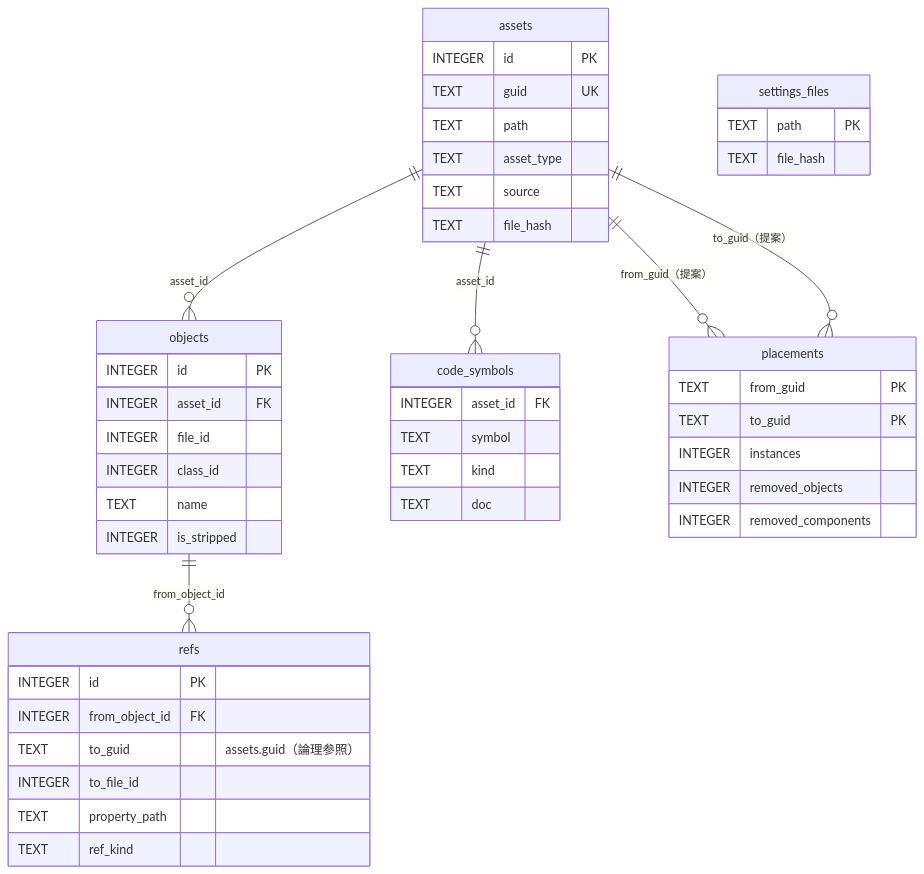
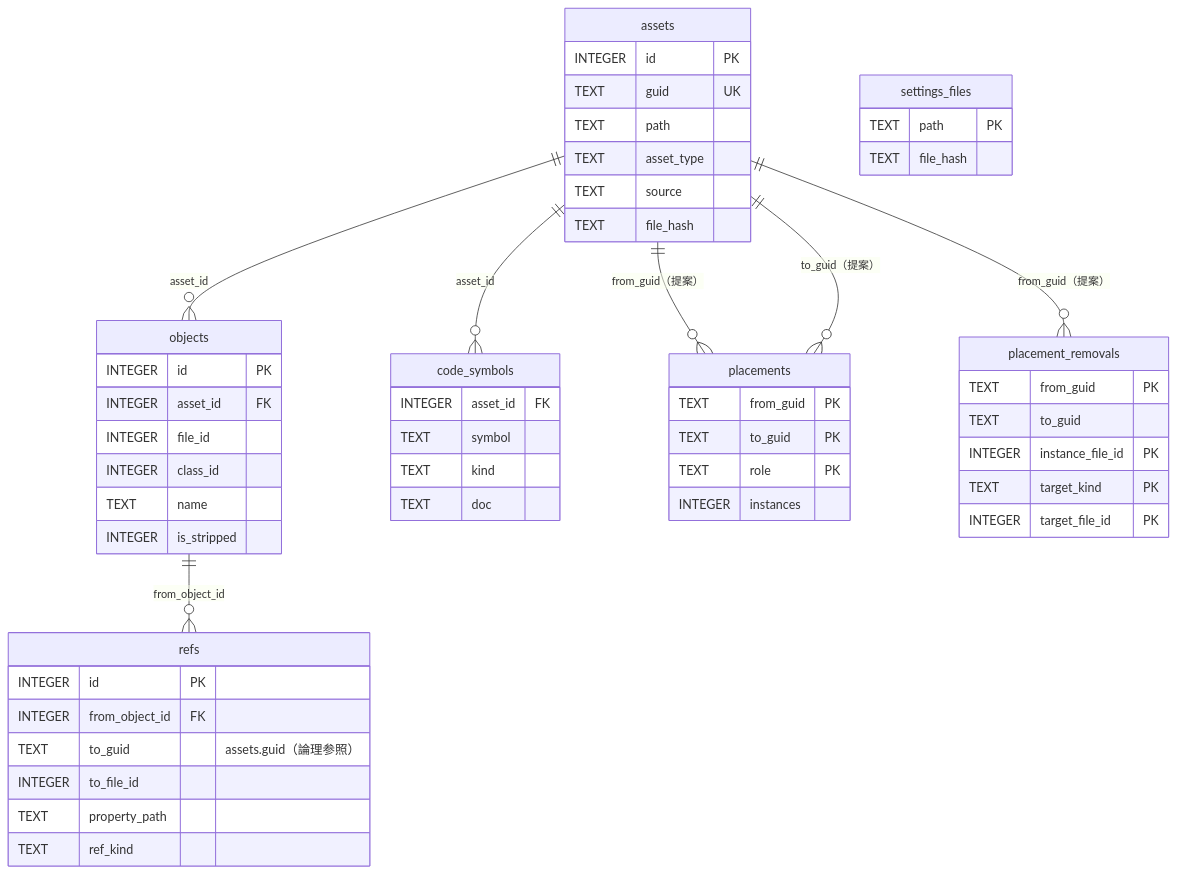
The diagram in docs/spec/databases/graph-db.md (murnana/unity-ariadne), drawn with Mermaid before and after one commit. The commit also changed other lines of this file and 2 other files, not shown here.

First line of the commit message:
Spec: generalize placements to any asset; add placement_removals

````diff
--- a/docs/spec/databases/graph-db.md
+++ b/docs/spec/databases/graph-db.md
@@ -9,49 +9,56 @@
 ```mermaid
 erDiagram
     assets ||--o{ objects : "asset_id"
     objects ||--o{ refs : "from_object_id"
     assets ||--o{ code_symbols : "asset_id"
     assets ||--o{ placements : "from_guid（提案）"
     assets ||--o{ placements : "to_guid（提案）"
+    assets ||--o{ placement_removals : "from_guid（提案）"
     assets {
         INTEGER id PK
         TEXT guid UK
         TEXT path
         TEXT asset_type
         TEXT source
         TEXT file_hash
     }
     objects {
         INTEGER id PK
         INTEGER asset_id FK
         INTEGER file_id
         INTEGER class_id
         TEXT name
         INTEGER is_stripped
     }
     refs {
         INTEGER id PK
         INTEGER from_object_id FK
         TEXT to_guid "assets.guid（論理参照）"
         INTEGER to_file_id
         TEXT property_path
         TEXT ref_kind
     }
     code_symbols {
         INTEGER asset_id FK
         TEXT symbol
         TEXT kind
         TEXT doc
     }
     settings_files {
         TEXT path PK
         TEXT file_hash
     }
     placements {
         TEXT from_guid PK
         TEXT to_guid PK
+        TEXT role PK
         INTEGER instances
-        INTEGER removed_objects
-        INTEGER removed_components
+    }
+    placement_removals {
+        TEXT from_guid PK
+        TEXT to_guid
+        INTEGER instance_file_id PK
+        TEXT target_kind PK
+        INTEGER target_file_id PK
     }
 ```
````
